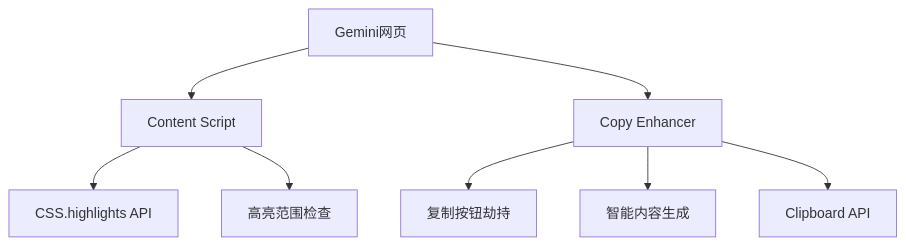
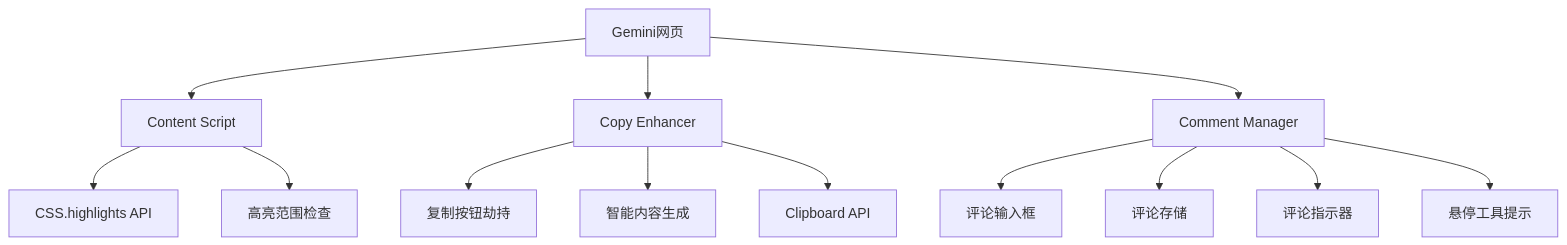
One commit to MarssZ/Highlight-by-Marss changed the first of 6 diagrams in specs/ai-highlight-assistant/design.md. Above: the diagram before and after it, drawn with Mermaid. The commit also changed other lines of this file and 5 other files, not shown here.

````diff
--- a/specs/ai-highlight-assistant/design.md
+++ b/specs/ai-highlight-assistant/design.md
@@ -15,10 +21,15 @@
 ```mermaid
 graph TD
     A[Gemini网页] --> B[Content Script]
     A --> C[Copy Enhancer]
-    B --> D[CSS.highlights API]
-    B --> E[高亮范围检查]
-    C --> F[复制按钮劫持]
-    C --> G[智能内容生成]
-    C --> H[Clipboard API]
+    A --> D[Comment Manager]
+    B --> E[CSS.highlights API]
+    B --> F[高亮范围检查]
+    C --> G[复制按钮劫持]
+    C --> H[智能内容生成]
+    C --> I[Clipboard API]
+    D --> J[评论输入框]
+    D --> K[评论存储]
+    D --> L[评论指示器]
+    D --> M[悬停工具提示]
 ```
````
